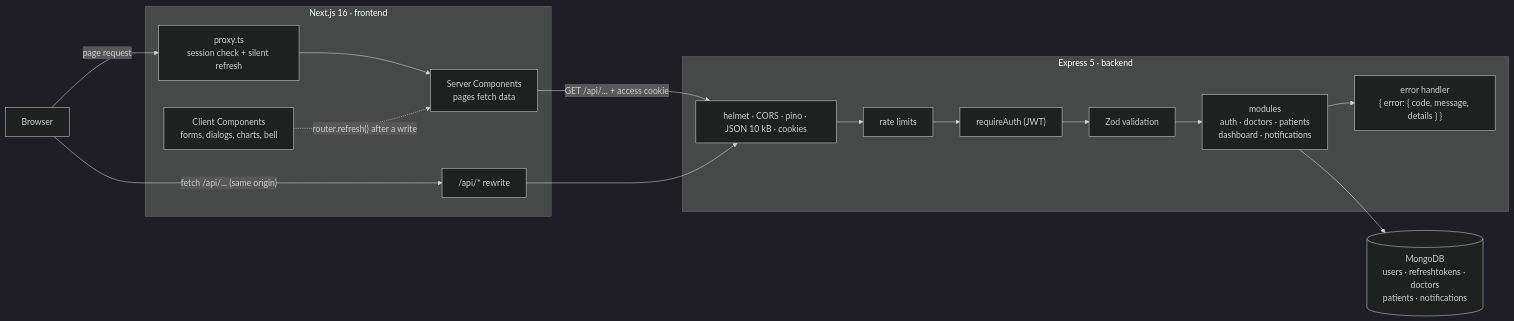
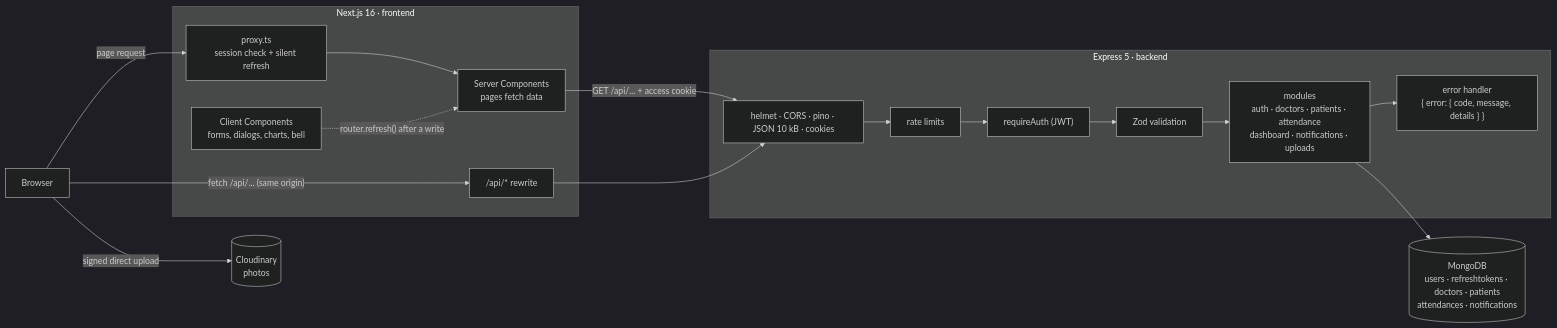
Before and after one commit to EhsanulSakib/doctor_tracker: the first of 3 diagrams in README.md, drawn with Mermaid (dark theme). The commit also changed other lines of this file and 119 other files, not shown here.

````diff
--- a/README.md
+++ b/README.md
@@ -206,29 +235,31 @@
 ```mermaid
 flowchart LR
   B["Browser"]
 
   subgraph N["Next.js 16 · frontend"]
     P["proxy.ts<br/>session check + silent refresh"]
     S["Server Components<br/>pages fetch data"]
     C["Client Components<br/>forms, dialogs, charts, bell"]
     R["/api/* rewrite"]
   end
 
   subgraph E["Express 5 · backend"]
     M["helmet · CORS · pino · JSON 10 kB · cookies"]
     L["rate limits"]
     A["requireAuth (JWT)"]
     V["Zod validation"]
-    MOD["modules<br/>auth · doctors · patients<br/>dashboard · notifications"]
+    MOD["modules<br/>auth · doctors · patients · attendance<br/>dashboard · notifications · uploads"]
     H["error handler<br/>{ error: { code, message, details } }"]
   end
 
-  DB[("MongoDB<br/>users · refreshtokens · doctors<br/>patients · notifications")]
+  DB[("MongoDB<br/>users · refreshtokens · doctors · patients<br/>attendances · notifications")]
+  CL[("Cloudinary<br/>photos")]
 
   B -- "page request" --> P --> S
   S -- "GET /api/... + access cookie" --> M
   B -- "fetch /api/... (same origin)" --> R --> M
   C -. "router.refresh() after a write" .-> S
   M --> L --> A --> V --> MOD --> DB
   MOD --> H
+  B -- "signed direct upload" --> CL
 ```
````
